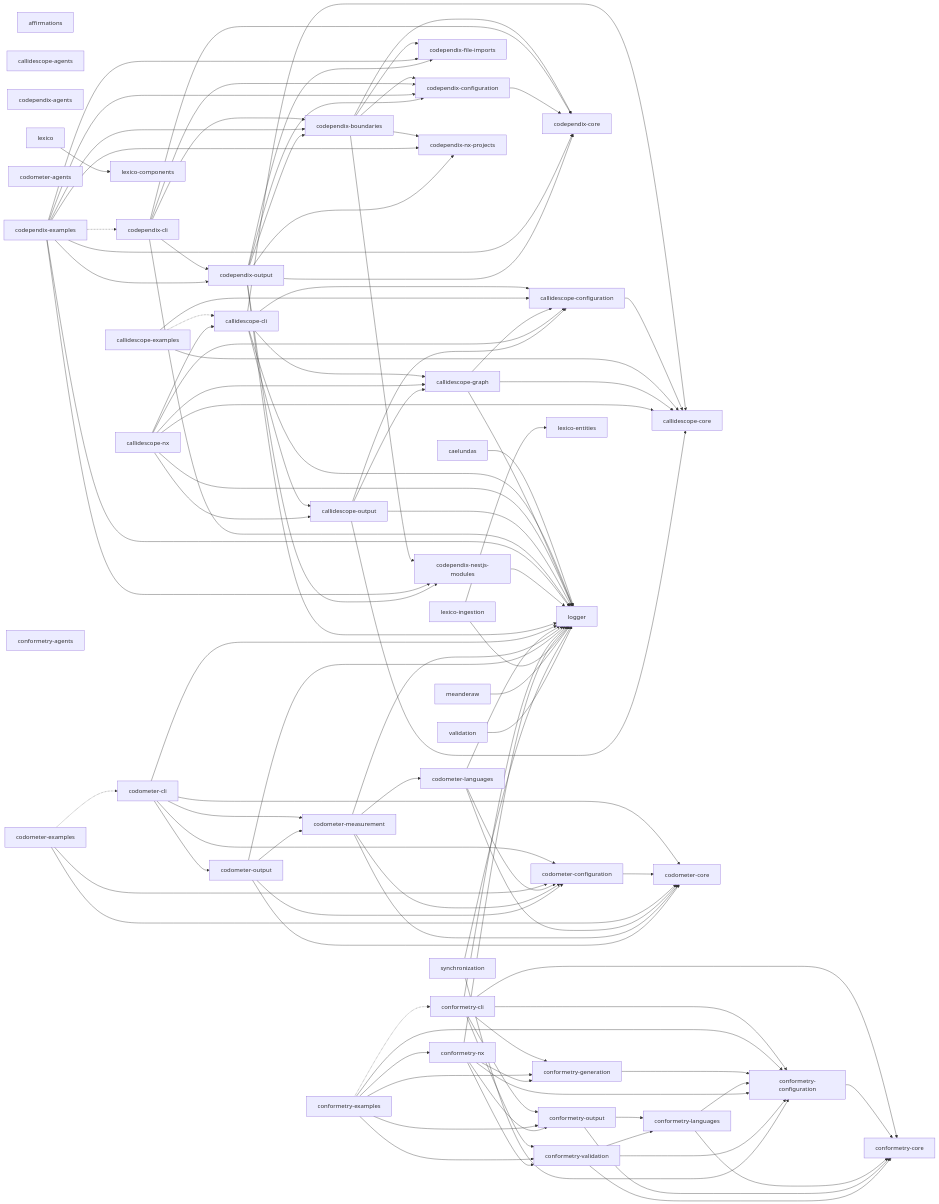
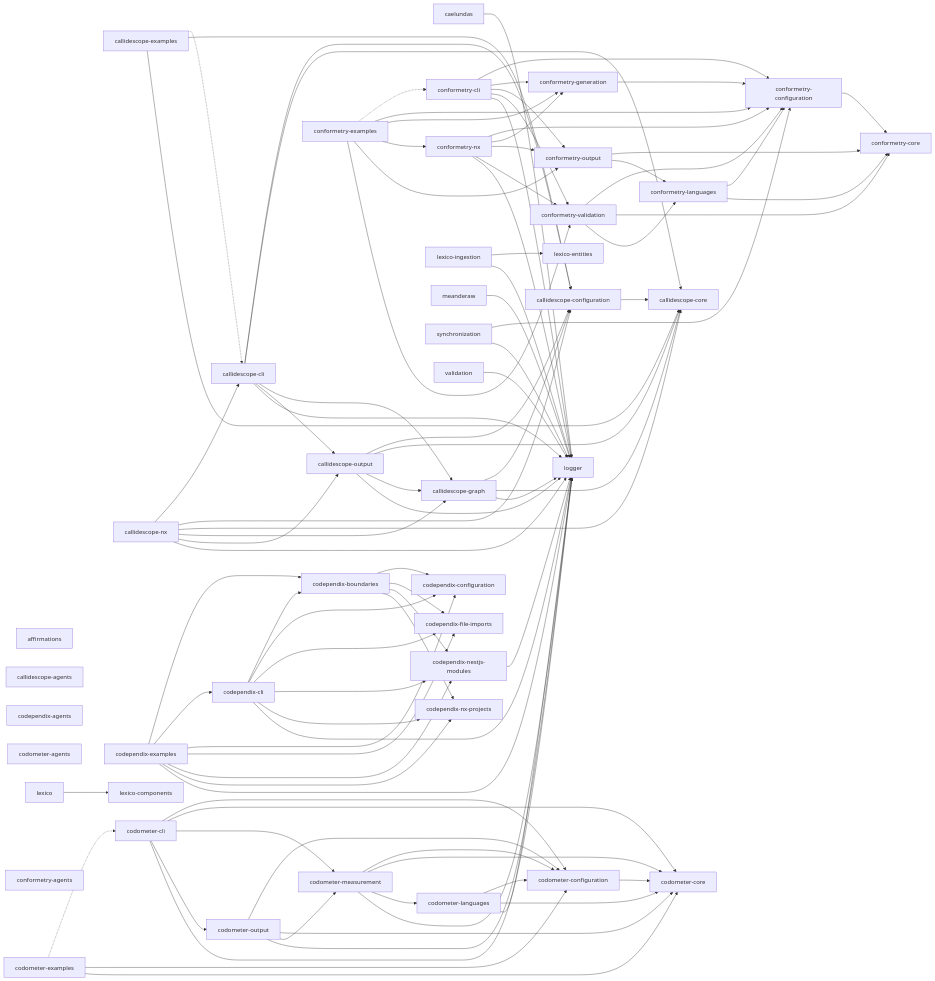
Before and after one commit to JimmyPaolini/codebase: the diagram in README.md, drawn with Mermaid. The commit also changed other lines of this file and 108 other files, not shown here.

First line of the commit message:
refactor(conformetry): ♻️ conform the core packages to the service template (#963)

```diff
--- a/README.md
+++ b/README.md
@@ -200,12 +200,10 @@
   codependix_boundaries["codependix-boundaries"]
   codependix_cli["codependix-cli"]
   codependix_configuration["codependix-configuration"]
-  codependix_core["codependix-core"]
   codependix_examples["codependix-examples"]
   codependix_file_imports["codependix-file-imports"]
   codependix_nestjs_modules["codependix-nestjs-modules"]
   codependix_nx_projects["codependix-nx-projects"]
-  codependix_output["codependix-output"]
   codometer_agents["codometer-agents"]
   codometer_cli["codometer-cli"]
   codometer_configuration["codometer-configuration"]
@@ -256,33 +254,23 @@
   callidescope_output --> callidescope_graph
   callidescope_output --> logger
   codependix_boundaries --> codependix_configuration
-  codependix_boundaries --> codependix_core
   codependix_boundaries --> codependix_file_imports
   codependix_boundaries --> codependix_nestjs_modules
   codependix_boundaries --> codependix_nx_projects
   codependix_cli --> codependix_boundaries
   codependix_cli --> codependix_configuration
-  codependix_cli --> codependix_core
-  codependix_cli --> codependix_output
+  codependix_cli --> codependix_file_imports
+  codependix_cli --> codependix_nestjs_modules
+  codependix_cli --> codependix_nx_projects
   codependix_cli --> logger
-  codependix_configuration --> codependix_core
   codependix_examples --> codependix_boundaries
-  codependix_examples -.-> codependix_cli
+  codependix_examples --> codependix_cli
   codependix_examples --> codependix_configuration
-  codependix_examples --> codependix_core
   codependix_examples --> codependix_file_imports
   codependix_examples --> codependix_nestjs_modules
   codependix_examples --> codependix_nx_projects
-  codependix_examples --> codependix_output
   codependix_examples --> logger
   codependix_nestjs_modules --> logger
-  codependix_output --> codependix_boundaries
-  codependix_output --> codependix_configuration
-  codependix_output --> codependix_core
-  codependix_output --> codependix_file_imports
-  codependix_output --> codependix_nestjs_modules
-  codependix_output --> codependix_nx_projects
-  codependix_output --> logger
   codometer_cli --> codometer_configuration
   codometer_cli --> codometer_core
   codometer_cli --> codometer_measurement
@@ -304,7 +292,6 @@
   codometer_output --> codometer_measurement
   codometer_output --> logger
   conformetry_cli --> conformetry_configuration
-  conformetry_cli --> conformetry_core
   conformetry_cli --> conformetry_generation
   conformetry_cli --> conformetry_output
   conformetry_cli --> conformetry_validation
```
